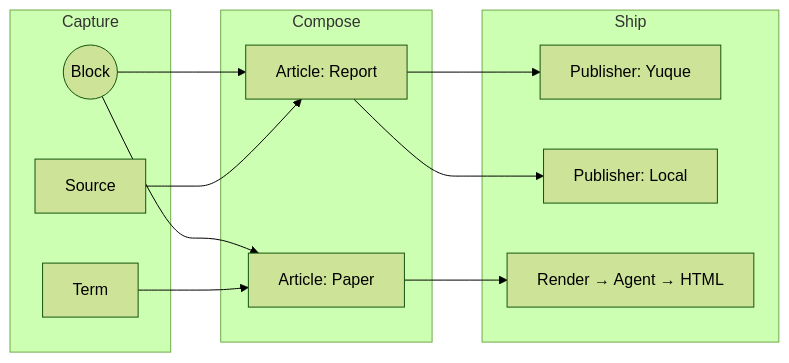
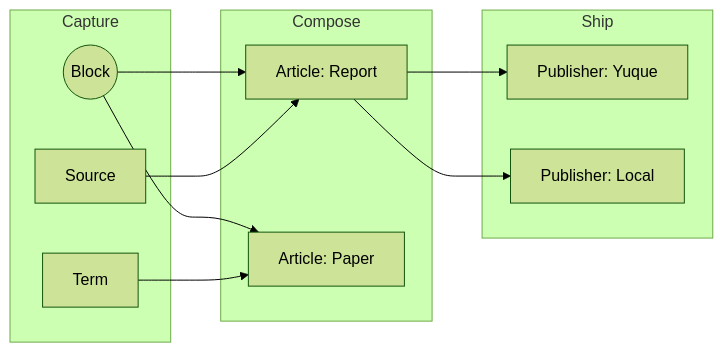
Before and after one commit to alswl/mind-forge: the first of 3 diagrams in README.md, drawn with Mermaid (forest theme). The commit also changed other lines of this file and 1 other file, not shown here.

````diff
--- a/README.md
+++ b/README.md
@@ -20,24 +20,22 @@
 ```mermaid
 flowchart LR
   subgraph Capture
     B((Block))
     S[Source]
     T[Term]
   end
   subgraph Compose
     A1[Article: Report]
     A2[Article: Paper]
   end
   subgraph Ship
     P1[Publisher: Yuque]
     P2[Publisher: Local]
-    R[Render → Agent → HTML]
   end
   B --> A1
   B --> A2
   S --> A1
   T --> A2
   A1 --> P1
   A1 --> P2
-  A2 --> R
 ```
````
